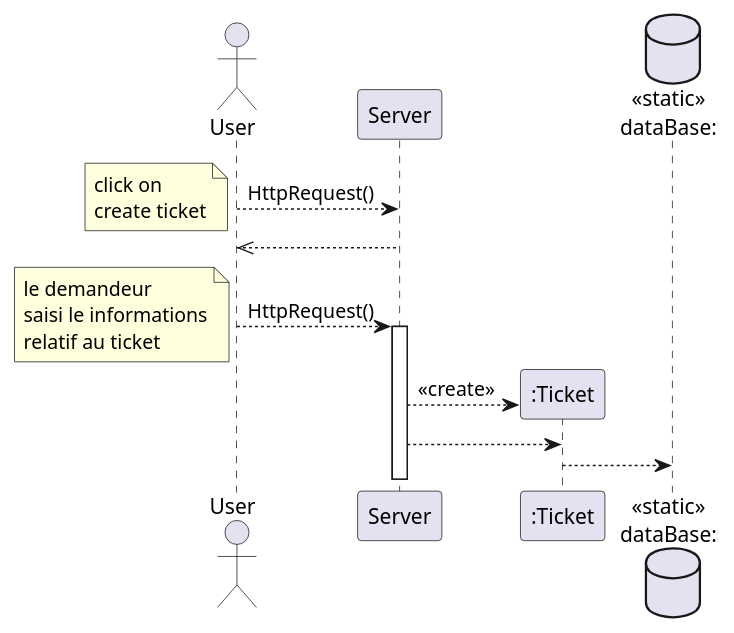
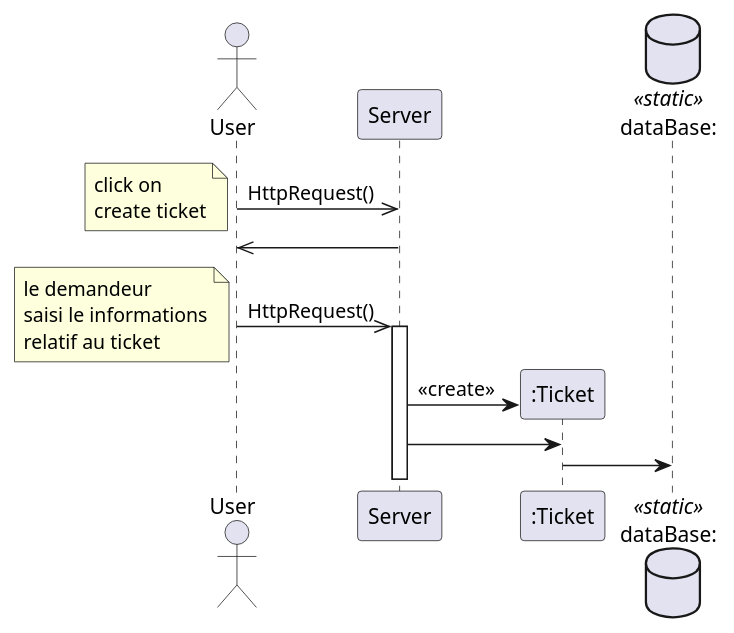
The diagram in docs/UML/creer un ticket.puml (dorianleveque/CoHub), drawn with PlantUML before and after one commit. The commit also changed 5 other files, not shown here.

Commit message:
correction des flèches des diagrammes ainsi que des stéréotypes + ajout de quelques diagrammes

```diff
--- a/docs/UML/creer un ticket.puml
+++ b/docs/UML/creer un ticket.puml
@@ -1,22 +1,22 @@
 @startuml créer un ticket
 
 actor client as "User" order 1
 participant server as "Server"   order 2
-database bdd as "<<static>>\ndataBase:" order 4
+database bdd as "dataBase:" <<static>> order 4
 
-client --> server : HttpRequest()
+client ->> server : HttpRequest()
 note left : click on \ncreate ticket
-server -->> client
+server ->> client
 
-client --> server : HttpRequest()
+client ->> server : HttpRequest()
 note left : le demandeur\nsaisi le informations\nrelatif au ticket
 
 activate server
 create ticket as ":Ticket" order 3
-server --> ticket : <<create>>
+server -> ticket : <<create>>
 
-server --> ticket : 
+server -> ticket : 
 
-ticket --> bdd : 
+ticket -> bdd : 
 
 @enduml
```
